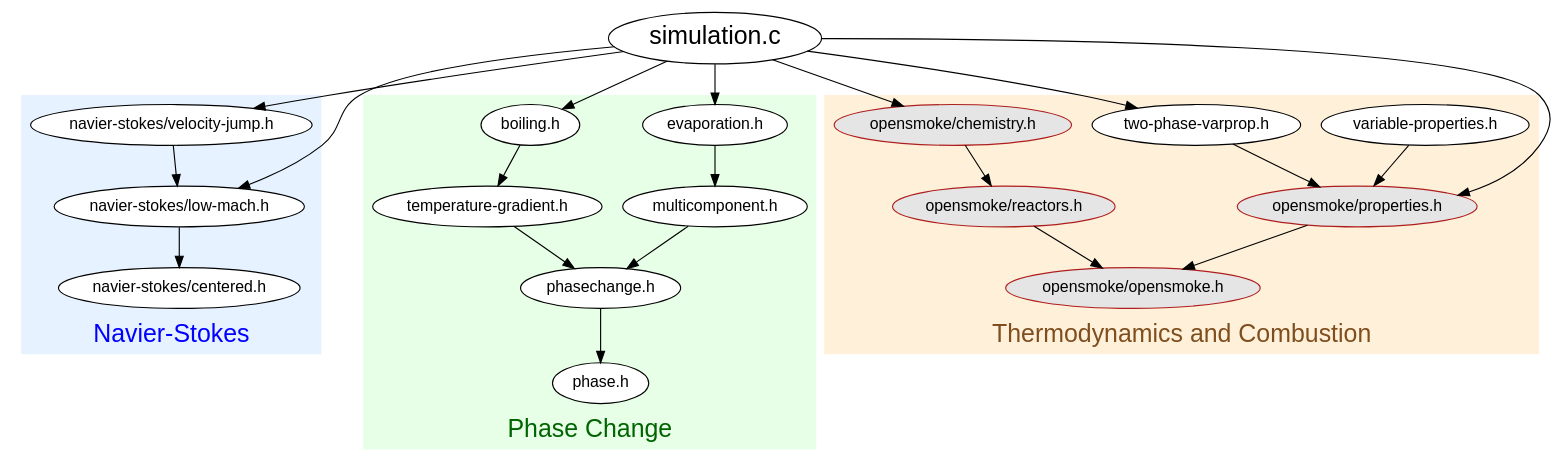
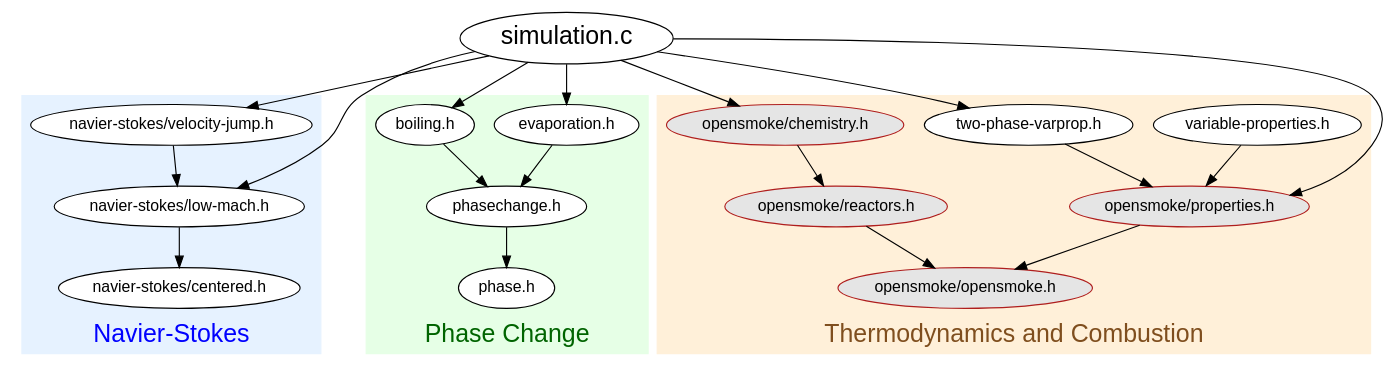
One commit to edocipriano/basilisk-sandbox-ecipriano changed the diagram in doc/phasechange-struct.dot. Above: the diagram before and after it, drawn with Graphviz. The commit also changed 14 other files, not shown here.

```diff
--- a/doc/phasechange-struct.dot
+++ b/doc/phasechange-struct.dot
@@ -1,74 +1,72 @@
 // Input file for Graphviz plot
 digraph G {
   splines = true;
   overlap = false;
 
   // General graph settings
   fontname="Helvetica,Arial,sans-serif";
   node [fontname="Helvetica,Arial,sans-serif"];
   edge [fontname="Helvetica,Arial,sans-serif"];
   labelloc = "b";
 
   subgraph cluster_0 {
     node [shape=ellipse, color=black, style=filled, fillcolor=white];
     a2 -> a1 -> a0
     a0 [label = "navier-stokes/centered.h"];
     a1 [label = "navier-stokes/low-mach.h"];
     a2 [label = "navier-stokes/velocity-jump.h"];
     label = "Navier-Stokes";
     fontsize = 22;
     fontcolor = blue;
     style = filled;
     color = "#e6f2ff";
   }
 
   subgraph cluster_1 {
     node [shape=ellipse, color=black, style=filled, fillcolor=white];
     b00 [label = "evaporation.h"];
     b01 [label = "boiling.h"];
-    b10 [label = "multicomponent.h"];
-    b11 [label = "temperature-gradient.h"];
     b2  [label = "phasechange.h"];
     b3  [label = "phase.h"];
-    b00 -> b10 -> b2 -> b3;
-    b01 -> b11 -> b2;
+    b00 -> b2 -> b3;
+    b01 -> b2;
     label = "Phase Change";
     fontsize = 22;
     fontcolor = darkgreen;
     style = filled;
     color = "#e6ffe6";
   }
 
   subgraph cluster_2 {
     node [shape=ellipse, color=black, style=filled, fillcolor=white];
     label = "Thermodynamics and Combustion";
     style = filled;
     color = "#fff0d9";
     fontsize = 22;
     fontcolor = "#7f4e1e";
 
     // Non-OpenSMOKE files
     c0 [label = "variable-properties.h"];
     c1 [label = "two-phase-varprop.h"];
     c1 -> d1;
     c0 -> d1;
 
     // OpenSMOKE++ subsection
     d0 [label="opensmoke/opensmoke.h", style=filled, fillcolor="#e5e5e5", color="#af1e1e"];
     d1 [label="opensmoke/properties.h", style=filled, fillcolor="#e5e5e5", color="#af1e1e"];
     d2 [label="opensmoke/reactors.h", style=filled, fillcolor="#e5e5e5", color="#af1e1e"];
     d3 [label="opensmoke/chemistry.h", style=filled, fillcolor="#e5e5e5", color="#af1e1e"];
 
     d3 -> d2 -> d0;
     d1 -> d0;
   }
 
   main -> a2;
   main -> a1;
   main -> b00;
   main -> b01;
   main -> d1;
   main -> d3;
   main -> c1;
   main [label = "simulation.c", fontsize = 22];
 }
```
